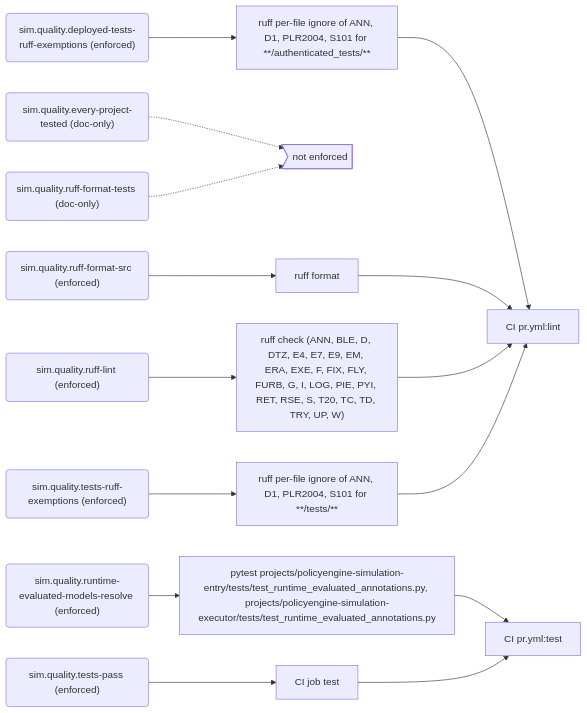
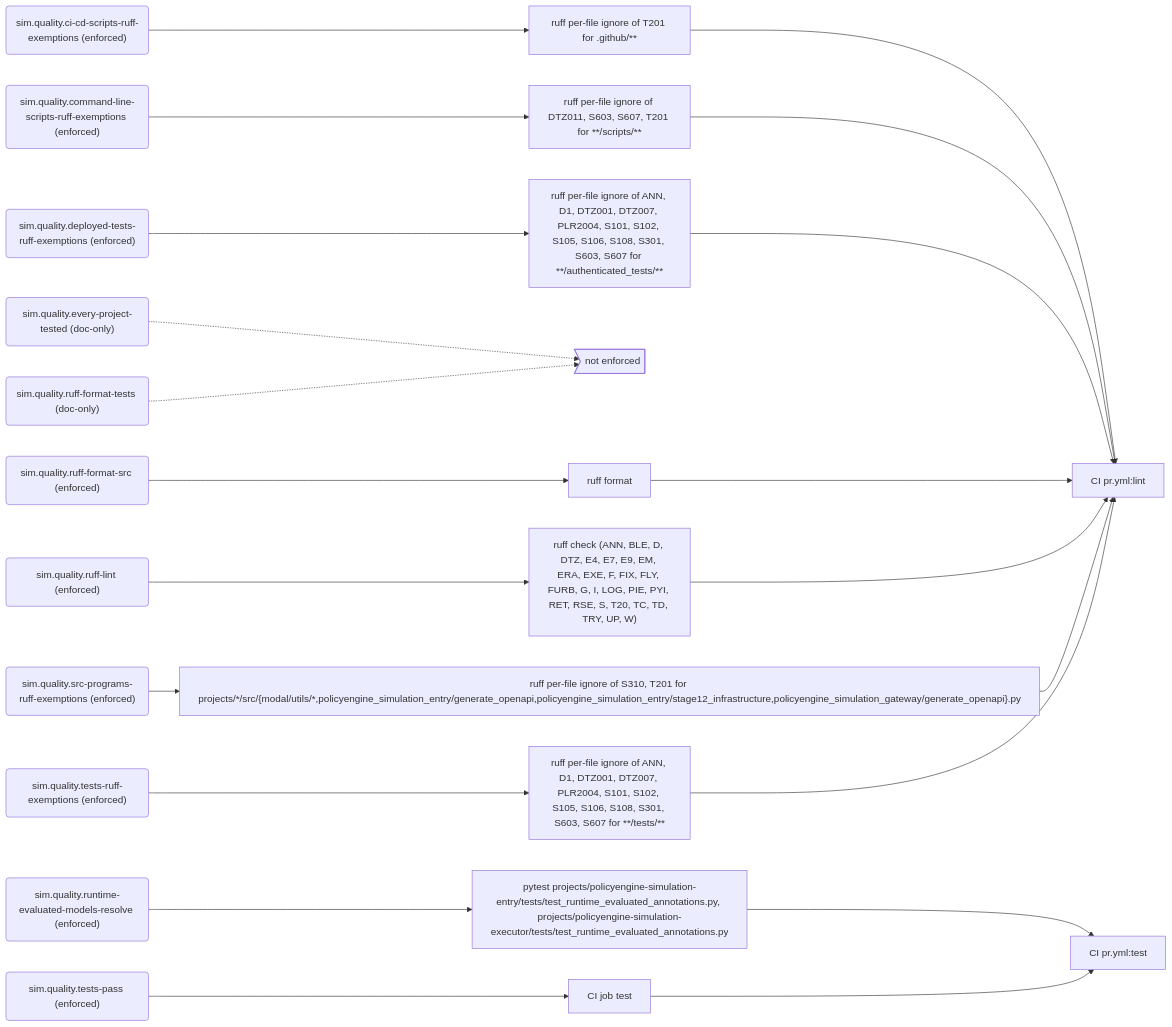
Before and after one commit to PolicyEngine/policyengine-sim-api: the sixth of 8 diagrams in docs/generated/rules.md, drawn with Mermaid. The commit also changed other lines of this file and 48 other files, not shown here.

````diff
--- a/docs/generated/rules.md
+++ b/docs/generated/rules.md
@@ -258,34 +261,46 @@
 ```mermaid
 flowchart LR
+  r_sim_quality_ci_cd_scripts_ruff_exemptions("sim.quality.ci-cd-scripts-ruff-exemptions (enforced)")
+  e_ruff_per_file_ignore_of_T201_for__github___["ruff per-file ignore of T201 for .github/**"]
+  j_CI_pr_yml_lint["CI pr.yml:lint"]
+  r_sim_quality_command_line_scripts_ruff_exemptions("sim.quality.command-line-scripts-ruff-exemptions (enforced)")
+  e_ruff_per_file_ignore_of_DTZ011__S603__S607__T201_for____scripts___["ruff per-file ignore of DTZ011, S603, S607, T201 for **/scripts/**"]
   r_sim_quality_deployed_tests_ruff_exemptions("sim.quality.deployed-tests-ruff-exemptions (enforced)")
-  e_ruff_per_file_ignore_of_ANN__D1__PLR2004__S101_for____authenticated_tests___["ruff per-file ignore of ANN, D1, PLR2004, S101 for **/authenticated_tests/**"]
-  j_CI_pr_yml_lint["CI pr.yml:lint"]
+  e_ruff_per_file_ignore_of_ANN__D1__DTZ001__DTZ007__PLR2004__S101__S102__S105__S106__S108__S301__S603__S607_for____authenticated_tests___["ruff per-file ignore of ANN, D1, DTZ001, DTZ007, PLR2004, S101, S102, S105, S106, S108, S301, S603, S607 for **/authenticated_tests/**"]
   r_sim_quality_every_project_tested("sim.quality.every-project-tested (doc-only)")
   gap_unenforced>"not enforced"]
   r_sim_quality_ruff_format_src("sim.quality.ruff-format-src (enforced)")
   e_ruff_format["ruff format"]
   r_sim_quality_ruff_format_tests("sim.quality.ruff-format-tests (doc-only)")
   r_sim_quality_ruff_lint("sim.quality.ruff-lint (enforced)")
   e_ruff_check__ANN__BLE__D__DTZ__E4__E7__E9__EM__ERA__EXE__F__FIX__FLY__FURB__G__I__LOG__PIE__PYI__RET__RSE__S__T20__TC__TD__TRY__UP__W_["ruff check (ANN, BLE, D, DTZ, E4, E7, E9, EM, ERA, EXE, F, FIX, FLY, FURB, G, I, LOG, PIE, PYI, RET, RSE, S, T20, TC, TD, TRY, UP, W)"]
   r_sim_quality_runtime_evaluated_models_resolve("sim.quality.runtime-evaluated-models-resolve (enforced)")
   e_pytest_projects_policyengine_simulation_entry_tests_test_runtime_evaluated_annotations_py__projects_policyengine_simulation_executor_tests_test_runtime_evaluated_annotations_py["pytest projects/policyengine-simulation-entry/tests/test_runtime_evaluated_annotations.py, projects/policyengine-simulation-executor/tests/test_runtime_evaluated_annotations.py"]
   j_CI_pr_yml_test["CI pr.yml:test"]
+  r_sim_quality_src_programs_ruff_exemptions("sim.quality.src-programs-ruff-exemptions (enforced)")
+  e_ruff_per_file_ignore_of_S310__T201_for_projects___src__modal_utils___policyengine_simulation_entry_generate_openapi_policyengine_simulation_entry_stage12_infrastructure_policyengine_simulation_gateway_generate_openapi__py["ruff per-file ignore of S310, T201 for projects/*/src/{modal/utils/*,policyengine_simulation_entry/generate_openapi,policyengine_simulation_entry/stage12_infrastructure,policyengine_simulation_gateway/generate_openapi}.py"]
   r_sim_quality_tests_pass("sim.quality.tests-pass (enforced)")
   e_CI_job_test["CI job test"]
   r_sim_quality_tests_ruff_exemptions("sim.quality.tests-ruff-exemptions (enforced)")
-  e_ruff_per_file_ignore_of_ANN__D1__PLR2004__S101_for____tests___["ruff per-file ignore of ANN, D1, PLR2004, S101 for **/tests/**"]
-  r_sim_quality_deployed_tests_ruff_exemptions --> e_ruff_per_file_ignore_of_ANN__D1__PLR2004__S101_for____authenticated_tests___
-  e_ruff_per_file_ignore_of_ANN__D1__PLR2004__S101_for____authenticated_tests___ --> j_CI_pr_yml_lint
+  e_ruff_per_file_ignore_of_ANN__D1__DTZ001__DTZ007__PLR2004__S101__S102__S105__S106__S108__S301__S603__S607_for____tests___["ruff per-file ignore of ANN, D1, DTZ001, DTZ007, PLR2004, S101, S102, S105, S106, S108, S301, S603, S607 for **/tests/**"]
+  r_sim_quality_ci_cd_scripts_ruff_exemptions --> e_ruff_per_file_ignore_of_T201_for__github___
+  e_ruff_per_file_ignore_of_T201_for__github___ --> j_CI_pr_yml_lint
+  r_sim_quality_command_line_scripts_ruff_exemptions --> e_ruff_per_file_ignore_of_DTZ011__S603__S607__T201_for____scripts___
+  e_ruff_per_file_ignore_of_DTZ011__S603__S607__T201_for____scripts___ --> j_CI_pr_yml_lint
+  r_sim_quality_deployed_tests_ruff_exemptions --> e_ruff_per_file_ignore_of_ANN__D1__DTZ001__DTZ007__PLR2004__S101__S102__S105__S106__S108__S301__S603__S607_for____authenticated_tests___
+  e_ruff_per_file_ignore_of_ANN__D1__DTZ001__DTZ007__PLR2004__S101__S102__S105__S106__S108__S301__S603__S607_for____authenticated_tests___ --> j_CI_pr_yml_lint
   r_sim_quality_every_project_tested -.-> gap_unenforced
   r_sim_quality_ruff_format_src --> e_ruff_format
   e_ruff_format --> j_CI_pr_yml_lint
   r_sim_quality_ruff_format_tests -.-> gap_unenforced
   r_sim_quality_ruff_lint --> e_ruff_check__ANN__BLE__D__DTZ__E4__E7__E9__EM__ERA__EXE__F__FIX__FLY__FURB__G__I__LOG__PIE__PYI__RET__RSE__S__T20__TC__TD__TRY__UP__W_
   e_ruff_check__ANN__BLE__D__DTZ__E4__E7__E9__EM__ERA__EXE__F__FIX__FLY__FURB__G__I__LOG__PIE__PYI__RET__RSE__S__T20__TC__TD__TRY__UP__W_ --> j_CI_pr_yml_lint
   r_sim_quality_runtime_evaluated_models_resolve --> e_pytest_projects_policyengine_simulation_entry_tests_test_runtime_evaluated_annotations_py__projects_policyengine_simulation_executor_tests_test_runtime_evaluated_annotations_py
   e_pytest_projects_policyengine_simulation_entry_tests_test_runtime_evaluated_annotations_py__projects_policyengine_simulation_executor_tests_test_runtime_evaluated_annotations_py --> j_CI_pr_yml_test
+  r_sim_quality_src_programs_ruff_exemptions --> e_ruff_per_file_ignore_of_S310__T201_for_projects___src__modal_utils___policyengine_simulation_entry_generate_openapi_policyengine_simulation_entry_stage12_infrastructure_policyengine_simulation_gateway_generate_openapi__py
+  e_ruff_per_file_ignore_of_S310__T201_for_projects___src__modal_utils___policyengine_simulation_entry_generate_openapi_policyengine_simulation_entry_stage12_infrastructure_policyengine_simulation_gateway_generate_openapi__py --> j_CI_pr_yml_lint
   r_sim_quality_tests_pass --> e_CI_job_test
   e_CI_job_test --> j_CI_pr_yml_test
-  r_sim_quality_tests_ruff_exemptions --> e_ruff_per_file_ignore_of_ANN__D1__PLR2004__S101_for____tests___
-  e_ruff_per_file_ignore_of_ANN__D1__PLR2004__S101_for____tests___ --> j_CI_pr_yml_lint
+  r_sim_quality_tests_ruff_exemptions --> e_ruff_per_file_ignore_of_ANN__D1__DTZ001__DTZ007__PLR2004__S101__S102__S105__S106__S108__S301__S603__S607_for____tests___
+  e_ruff_per_file_ignore_of_ANN__D1__DTZ001__DTZ007__PLR2004__S101__S102__S105__S106__S108__S301__S603__S607_for____tests___ --> j_CI_pr_yml_lint
 ```
````
